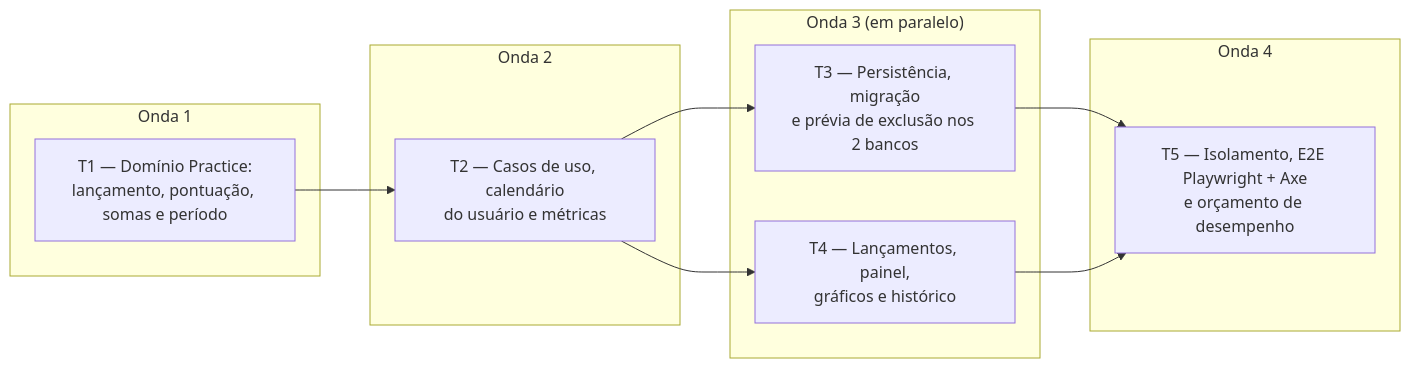
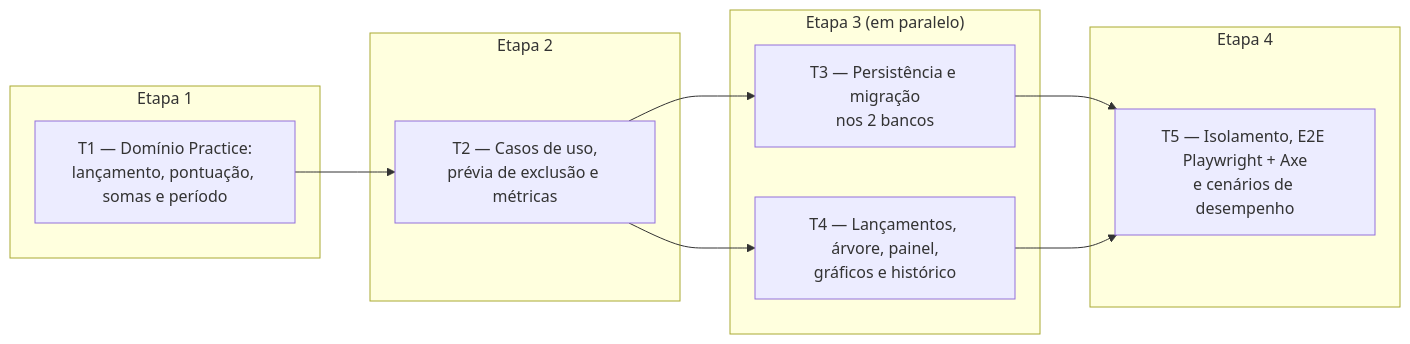
One commit to vitorparras/Trail changed the diagram in docs/fases/fase-3-questoes-desempenho-historico.md. Above: the diagram before and after it, drawn with Mermaid. The commit also changed other lines of this file and 6 other files, not shown here.

````diff
--- a/docs/fases/fase-3-questoes-desempenho-historico.md
+++ b/docs/fases/fase-3-questoes-desempenho-historico.md
@@ -61,21 +78,21 @@
 ```mermaid
 flowchart LR
-    subgraph O1["Onda 1"]
+    subgraph S1["Etapa 1"]
         T1["T1 — Domínio Practice:<br/>lançamento, pontuação, somas e período"]
     end
-    subgraph O2["Onda 2"]
-        T2["T2 — Casos de uso, calendário<br/>do usuário e métricas"]
+    subgraph S2["Etapa 2"]
+        T2["T2 — Casos de uso,<br/>prévia de exclusão e métricas"]
     end
-    subgraph O3["Onda 3 (em paralelo)"]
-        T3["T3 — Persistência, migração<br/>e prévia de exclusão nos 2 bancos"]
-        T4["T4 — Lançamentos, painel,<br/>gráficos e histórico"]
+    subgraph S3["Etapa 3 (em paralelo)"]
+        T3["T3 — Persistência e migração<br/>nos 2 bancos"]
+        T4["T4 — Lançamentos, árvore, painel,<br/>gráficos e histórico"]
     end
-    subgraph O4["Onda 4"]
-        T5["T5 — Isolamento, E2E Playwright + Axe<br/>e orçamento de desempenho"]
+    subgraph S4["Etapa 4"]
+        T5["T5 — Isolamento, E2E Playwright + Axe<br/>e cenários de desempenho"]
     end
     T1 --> T2
     T2 --> T3
     T2 --> T4
     T3 --> T5
     T4 --> T5
 ```
````
